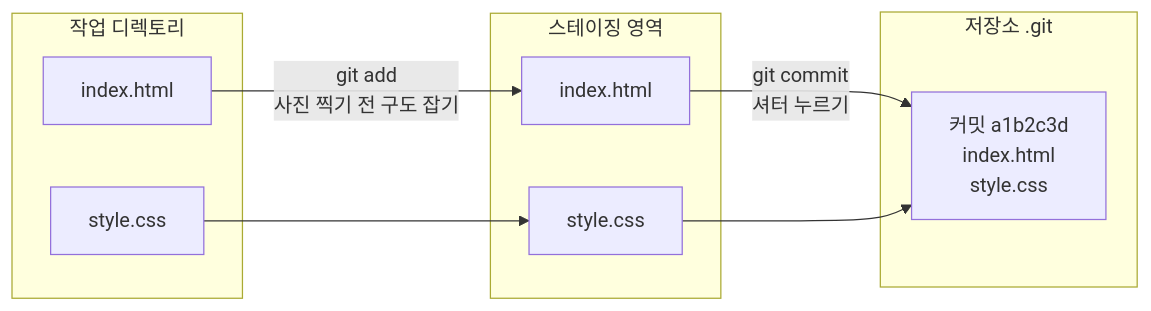
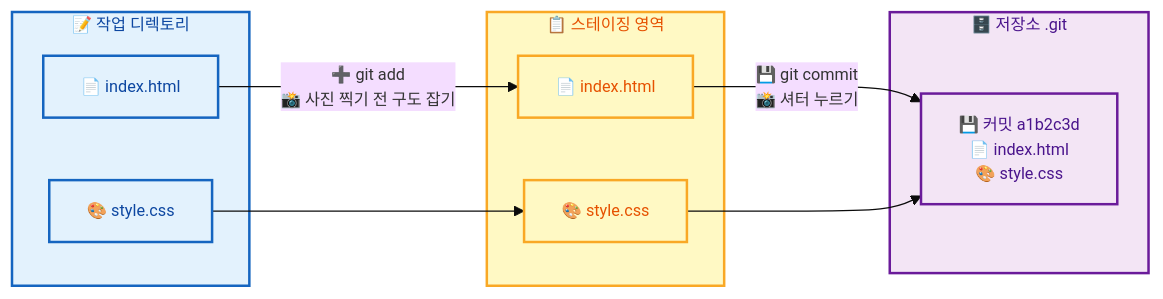
Before and after one commit to jingu279/Document: the diagram in git/02_기초/03_추가와_커밋.md, drawn with Mermaid. The commit also changed 24 other files, not shown here.

First line of the commit message:
Git 문서 전체 Mermaid 다이어그램 스타일링 통일

````diff
--- a/git/02_기초/03_추가와_커밋.md
+++ b/git/02_기초/03_추가와_커밋.md
@@ -15,19 +15,30 @@
 ```mermaid
+%%{init: {'theme': 'base', 'themeVariables': {'fontSize': '13px'}}}%%
 flowchart LR
-  subgraph WD[작업 디렉토리]
-    W1[index.html]
-    W2[style.css]
+  subgraph WD["📝 작업 디렉토리"]
+    W1["📄 index.html"]
+    W2["🎨 style.css"]
   end
-  subgraph SA[스테이징 영역]
-    S1[index.html]
-    S2[style.css]
+  subgraph SA["📋 스테이징 영역"]
+    S1["📄 index.html"]
+    S2["🎨 style.css"]
   end
-  subgraph RE[저장소 .git]
-    R1["커밋 a1b2c3d<br/>index.html<br/>style.css"]
+  subgraph RE["🗄️ 저장소 .git"]
+    R1["💾 커밋 a1b2c3d<br/>📄 index.html<br/>🎨 style.css"]
   end
 
-  W1 -->|"git add<br/>사진 찍기 전 구도 잡기"| S1
+  W1 -->|"➕ git add<br/>📸 사진 찍기 전 구도 잡기"| S1
   W2 --> S2
-  S1 -->|"git commit<br/>셔터 누르기"| R1
+  S1 -->|"💾 git commit<br/>📸 셔터 누르기"| R1
   S2 --> R1
+
+  classDef main fill:#fff3e0,stroke:#e65100,stroke-width:2px,color:#bf360c
+  classDef sub fill:#e8f5e9,stroke:#2e7d32,stroke-width:2px,color:#1b5e20
+  classDef proc fill:#e3f2fd,stroke:#1565c0,stroke-width:2px,color:#0d47a1
+  classDef decision fill:#fff9c4,stroke:#f9a825,stroke-width:2px,color:#e65100
+  classDef highlight fill:#f3e5f5,stroke:#6a1b9a,stroke-width:2px,color:#4a148c
+
+  class WD,W1,W2 proc
+  class SA,S1,S2 decision
+  class RE,R1 highlight
 ```
````
